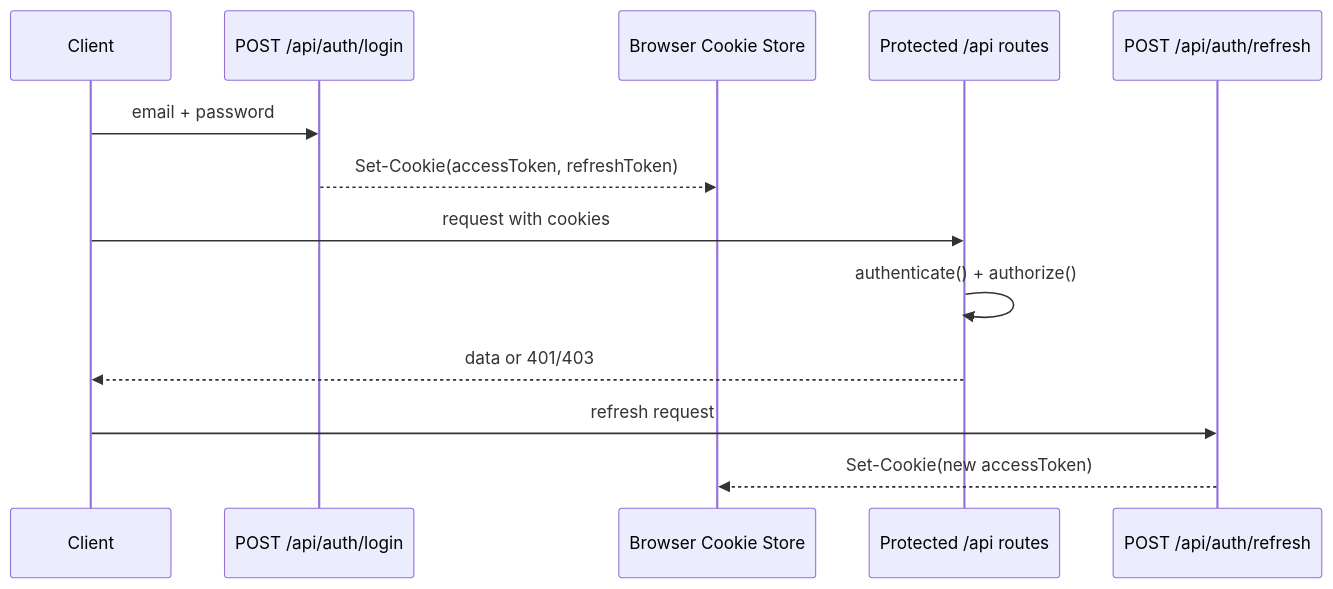
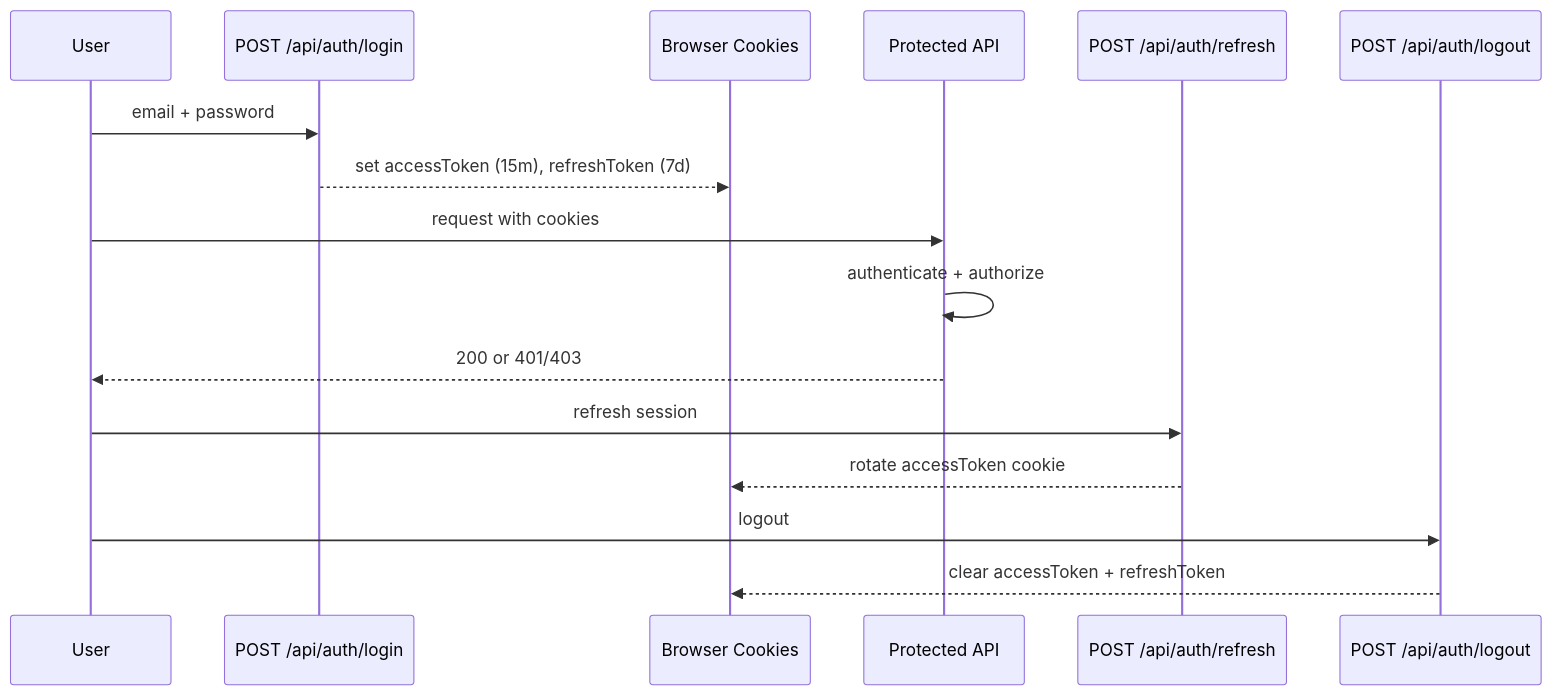
One commit to Preritkumar16/CoE-Main changed the second of 4 diagrams in README.md. Above: the diagram before and after it, drawn with Mermaid. The commit also changed other lines of this file, not shown here.

````diff
--- a/README.md
+++ b/README.md
@@ -65,16 +92,19 @@
 ```mermaid
 sequenceDiagram
-  participant Client
-  participant LoginAPI as POST /api/auth/login
-  participant Browser as Browser Cookie Store
-  participant ProtectedAPI as Protected /api routes
-  participant RefreshAPI as POST /api/auth/refresh
+  participant U as User
+  participant L as POST /api/auth/login
+  participant K as Browser Cookies
+  participant X as Protected API
+  participant F as POST /api/auth/refresh
+  participant O as POST /api/auth/logout
 
-  Client->>LoginAPI: email + password
-  LoginAPI-->>Browser: Set-Cookie(accessToken, refreshToken)
-  Client->>ProtectedAPI: request with cookies
-  ProtectedAPI->>ProtectedAPI: authenticate() + authorize()
-  ProtectedAPI-->>Client: data or 401/403
-  Client->>RefreshAPI: refresh request
-  RefreshAPI-->>Browser: Set-Cookie(new accessToken)
+  U->>L: email + password
+  L-->>K: set accessToken (15m), refreshToken (7d)
+  U->>X: request with cookies
+  X->>X: authenticate + authorize
+  X-->>U: 200 or 401/403
+  U->>F: refresh session
+  F-->>K: rotate accessToken cookie
+  U->>O: logout
+  O-->>K: clear accessToken + refreshToken
 ```
````
